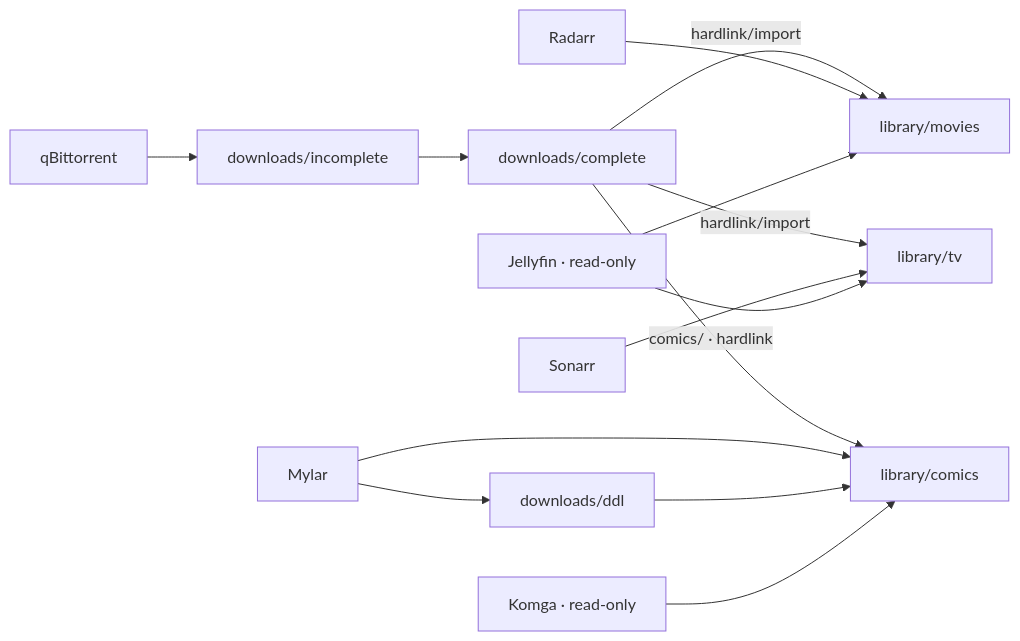
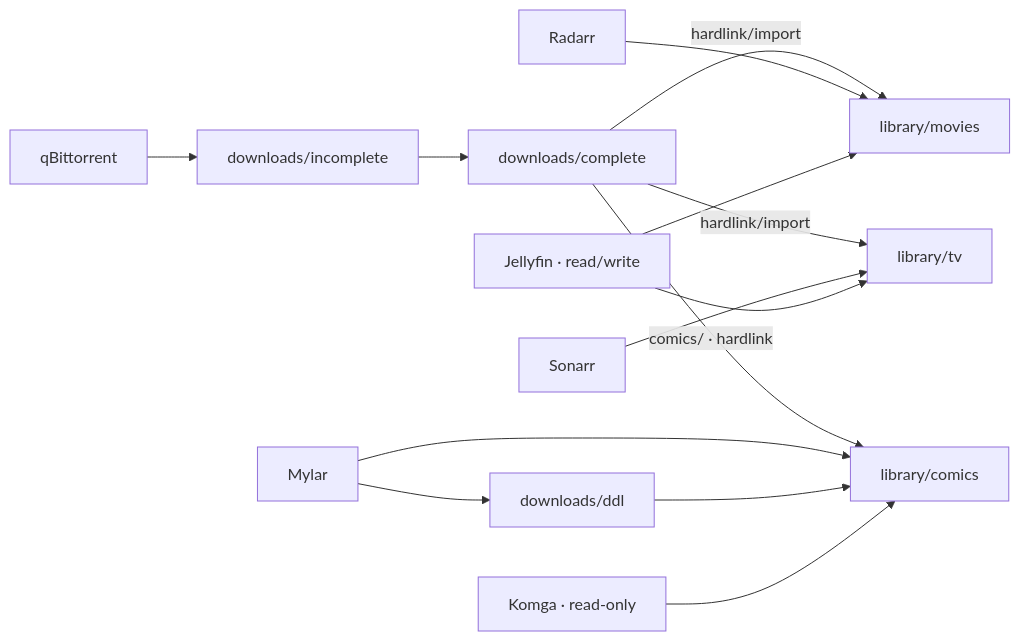
One commit to chevlpcmp-lab/HomeFalloutServer changed the second of 2 diagrams in docs/storage.md. Above: the diagram before and after it, drawn with Mermaid. The commit also changed other lines of this file and 1 other file, not shown here.

Commit message:
fix(jellyfin): allow media deletion with writable library mount

````diff
--- a/docs/storage.md
+++ b/docs/storage.md
@@ -93,15 +94,15 @@
 ```mermaid
 flowchart LR
     qBit["qBittorrent"] --> Incomplete["downloads/incomplete"]
     Incomplete --> Complete["downloads/complete"]
     Complete -->|"hardlink/import"| Movies["library/movies"]
     Complete -->|"hardlink/import"| TV["library/tv"]
     Complete -->|"comics/ · hardlink"| Comics["library/comics"]
     Radarr["Radarr"] --> Movies
     Sonarr["Sonarr"] --> TV
     Mylar["Mylar"] --> Comics
     Mylar --> DDL["downloads/ddl"] --> Comics
-    Jellyfin["Jellyfin · read-only"] --> Movies
+    Jellyfin["Jellyfin · read/write"] --> Movies
     Jellyfin --> TV
     Komga["Komga · read-only"] --> Comics
 ```
````
